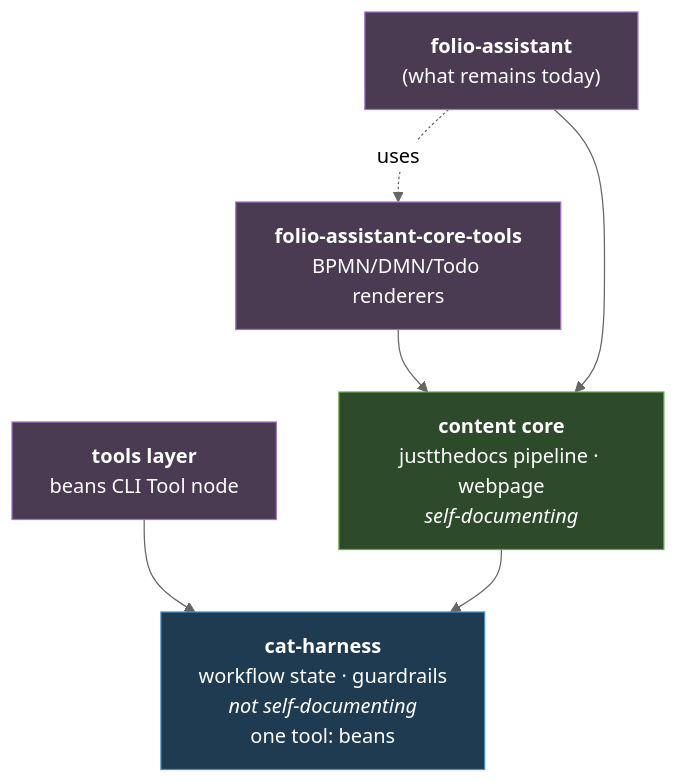
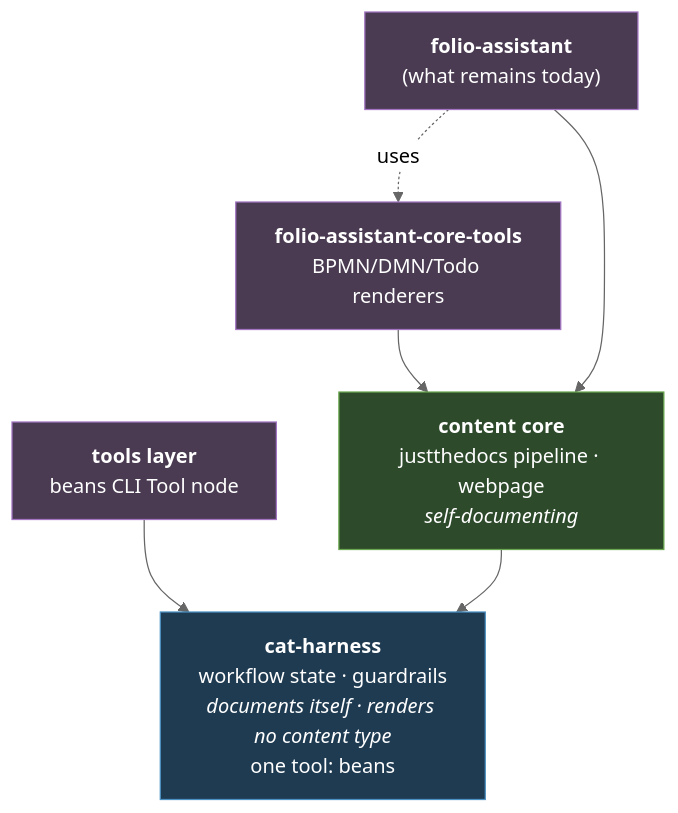
One commit to litlfred/cat-harness changed the diagram in docs/concepts/architecture/cat-harness-minimum.md. Above: the diagram before and after it, drawn with Mermaid (neutral theme). The commit also changed other lines of this file and 4 other files, not shown here.

First line of the commit message:
cat-harness documents itself; the test is "renders no content type"

````diff
--- a/docs/concepts/architecture/cat-harness-minimum.md
+++ b/docs/concepts/architecture/cat-harness-minimum.md
@@ -23,21 +23,21 @@
 ```mermaid
 flowchart TD
-    AH["<b>cat-harness</b><br/>workflow state · guardrails<br/><i>not self-documenting</i><br/>one tool: beans"]
+    AH["<b>cat-harness</b><br/>workflow state · guardrails<br/><i>documents itself · renders no content type</i><br/>one tool: beans"]
     AHT["<b>tools layer</b><br/>beans CLI Tool node"]
     C["<b>content core</b><br/>justthedocs pipeline · webpage<br/><i>self-documenting</i>"]
     CT["<b>folio-assistant-core-tools</b><br/>BPMN/DMN/Todo renderers"]
     FA["<b>folio-assistant</b><br/>(what remains today)"]
 
     AHT --> AH
     C --> AH
     CT --> C
     FA --> C
     FA -.uses.-> CT
 
     classDef h fill:#1f3b52,stroke:#4a90c2,color:#fff
     classDef c fill:#2d4a2b,stroke:#6aa84f,color:#fff
     classDef t fill:#4a3b52,stroke:#a274c2,color:#fff
     class AH h
     class C c
     class AHT,CT,FA t
 ```
````
